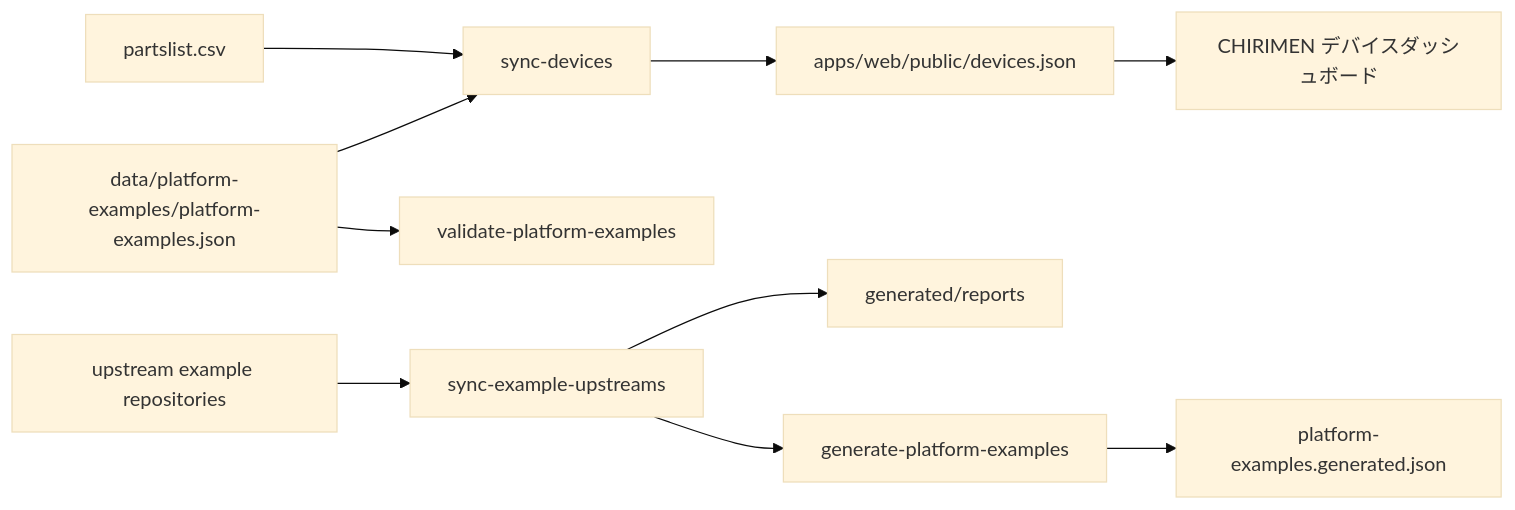
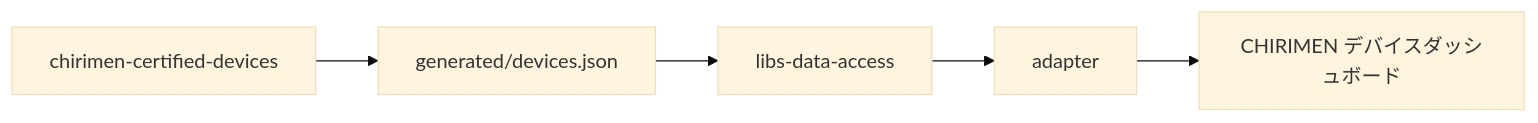
The diagram in docs/device-data-refresh.md (gurezo/chirimen-device-dashboard), drawn with Mermaid (base theme) before and after one commit. The commit also changed other lines of this file and 3 other files, not shown here.

First line of the commit message:
docs(workspace): update docs for certified devices data source (#271)

````diff
--- a/docs/device-data-refresh.md
+++ b/docs/device-data-refresh.md
@@ -87,12 +26,7 @@
 ```mermaid
 flowchart LR
-    partslist["partslist.csv"] --> syncDevices["sync-devices"]
-    platformSource["data/platform-examples/platform-examples.json"] --> syncDevices
-    upstreamSources["upstream example repositories"] --> syncUpstreams["sync-example-upstreams"]
-    syncUpstreams --> generatedReports["generated/reports"]
-    syncUpstreams --> generatePlatformExamples["generate-platform-examples"]
-    generatePlatformExamples --> generatedExamples["platform-examples.generated.json"]
-    platformSource --> validatePlatformExamples["validate-platform-examples"]
-    syncDevices --> devicesJson["apps/web/public/devices.json"]
-    devicesJson --> dashboard["CHIRIMEN デバイスダッシュボード"]
+    certifiedRepo["chirimen-certified-devices"] --> devicesJson["generated/devices.json"]
+    devicesJson --> dataAccess["libs-data-access"]
+    dataAccess --> adapter["adapter"]
+    adapter --> dashboard["CHIRIMEN デバイスダッシュボード"]
 ```
````
